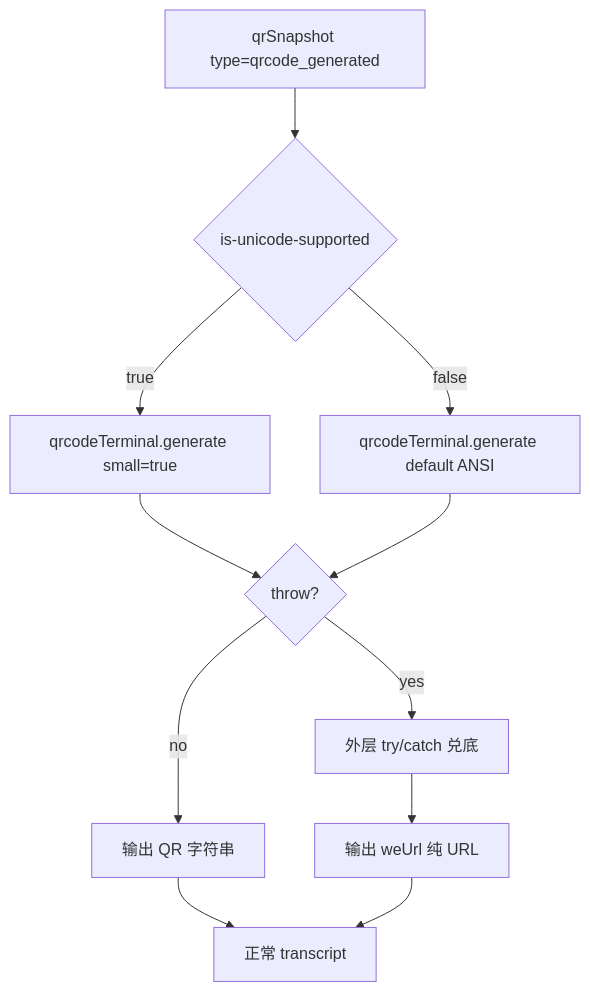
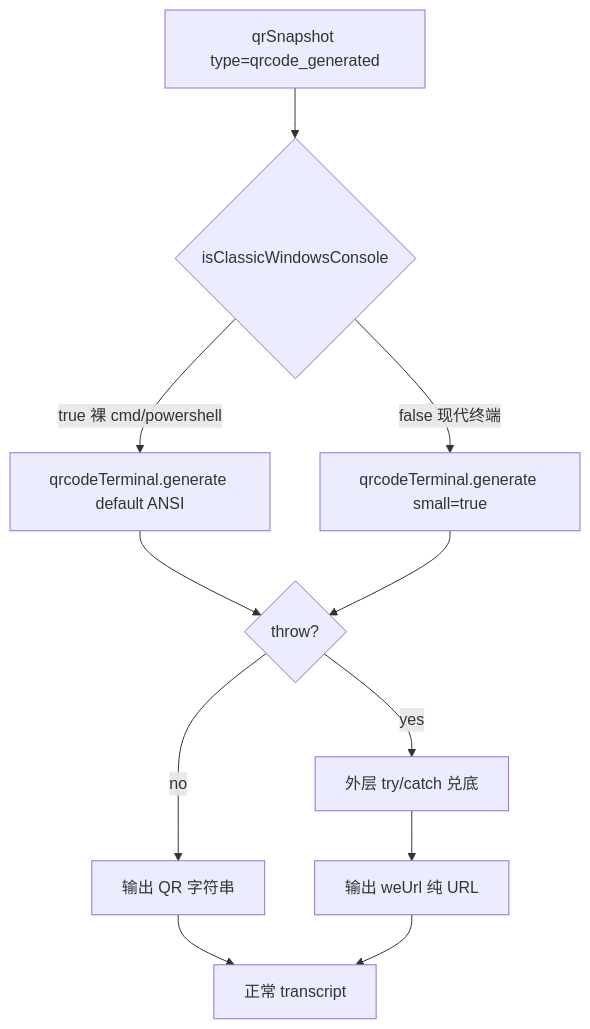
One commit to yuzhangCZ/agent-plugin changed the first of 2 diagrams in packages/skill-plugin-cli/docs/qrcode-terminal-rendering-solution.md. Above: the diagram before and after it, drawn with Mermaid. The commit also changed other lines of this file and 4 other files, not shown here.

First line of the commit message:
refactor(skill-plugin-cli): 回退 is-unicode-supported 改用 isClassicWindowsConsole 三元负向判定

````diff
--- a/packages/skill-plugin-cli/docs/qrcode-terminal-rendering-solution.md
+++ b/packages/skill-plugin-cli/docs/qrcode-terminal-rendering-solution.md
@@ -108,13 +110,13 @@
 ```mermaid
 flowchart TD
-  A[qrSnapshot type=qrcode_generated] --> B{is-unicode-supported}
-  B -->|true| C[qrcodeTerminal.generate small=true]
-  B -->|false| D[qrcodeTerminal.generate default ANSI]
+  A[qrSnapshot type=qrcode_generated] --> B{isClassicWindowsConsole}
+  B -->|true 裸 cmd/powershell| C[qrcodeTerminal.generate default ANSI]
+  B -->|false 现代终端| D[qrcodeTerminal.generate small=true]
   C --> E{throw?}
   D --> E
   E -->|no| F[输出 QR 字符串]
   E -->|yes| G[外层 try/catch 兑底]
   G --> H[输出 weUrl 纯 URL]
   F --> I[正常 transcript]
   H --> I
 ```
````
